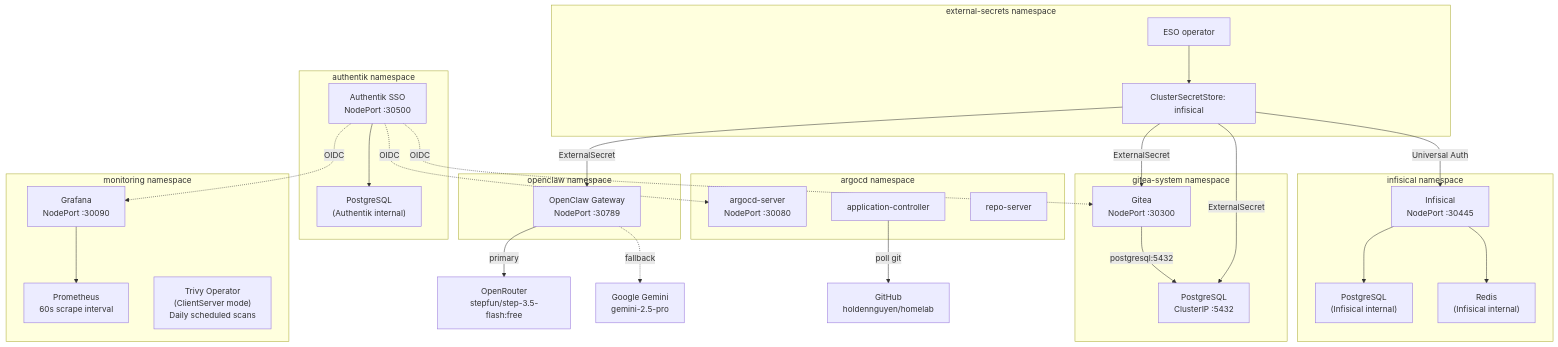
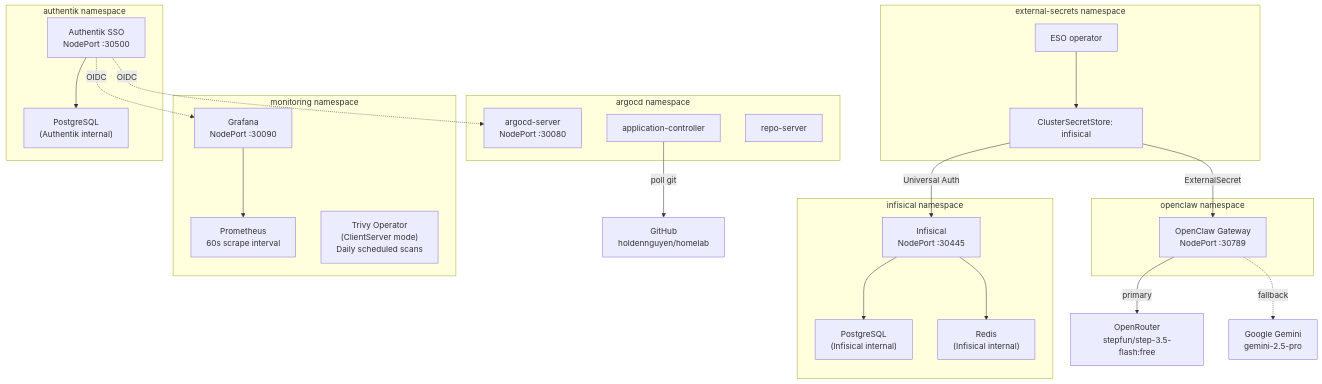
Before and after one commit to haingth77/homelab: the fourth of 4 diagrams in docs/architecture.md, drawn with Mermaid. The commit also changed other lines of this file and 38 other files, not shown here.

First line of the commit message:
chore: decommission Gitea and PostgreSQL, adopt GitHub for product development (#63)

````diff
--- a/docs/architecture.md
+++ b/docs/architecture.md
@@ -186,57 +172,47 @@
 ```mermaid
 flowchart TD
     subgraph infisicalNs["infisical namespace"]
         InfisicalPod["Infisical\nNodePort :30445"]
         InfisicalPG["PostgreSQL\n(Infisical internal)"]
         InfisicalRedis["Redis\n(Infisical internal)"]
         InfisicalPod --> InfisicalPG
         InfisicalPod --> InfisicalRedis
     end
 
     subgraph esoNs["external-secrets namespace"]
         ESOPod["ESO operator"]
         CSS["ClusterSecretStore: infisical"]
     end
 
     subgraph argocdNs["argocd namespace"]
         ArgoServer["argocd-server\nNodePort :30080"]
         ArgoController["application-controller"]
         ArgoRepo["repo-server"]
     end
 
-    subgraph giteaNs["gitea-system namespace"]
-        GiteaPod["Gitea\nNodePort :30300"]
-        PGPod["PostgreSQL\nClusterIP :5432"]
-        GiteaPod -- "postgresql:5432" --> PGPod
-    end
-
     subgraph monNs["monitoring namespace"]
         GrafanaPod["Grafana\nNodePort :30090"]
         PromPod["Prometheus\n60s scrape interval"]
         TrivyPod["Trivy Operator\n(ClientServer mode)\nDaily scheduled scans"]
         GrafanaPod --> PromPod
     end
 
     subgraph authentikNs["authentik namespace"]
         AuthentikPod["Authentik SSO\nNodePort :30500"]
         AuthentikPG["PostgreSQL\n(Authentik internal)"]
         AuthentikPod --> AuthentikPG
     end
 
     subgraph openclawNs["openclaw namespace"]
         OpenClawPod["OpenClaw Gateway\nNodePort :30789"]
     end
 
     AuthentikPod -. "OIDC" .-> GrafanaPod
     AuthentikPod -. "OIDC" .-> ArgoServer
-    AuthentikPod -. "OIDC" .-> GiteaPod
-
     ESOPod --> CSS
     CSS -- "Universal Auth" --> InfisicalPod
-    CSS -- "ExternalSecret" --> GiteaPod
-    CSS -- "ExternalSecret" --> PGPod
     CSS -- "ExternalSecret" --> OpenClawPod
     OpenClawPod -- "primary" --> OpenRouterAPI["OpenRouter\nstepfun/step-3.5-flash:free"]
     OpenClawPod -. "fallback" .-> GeminiAPI["Google Gemini\ngemini-2.5-pro"]
     ArgoController -- "poll git" --> GitHub["GitHub\nholdennguyen/homelab"]
 ```
````
